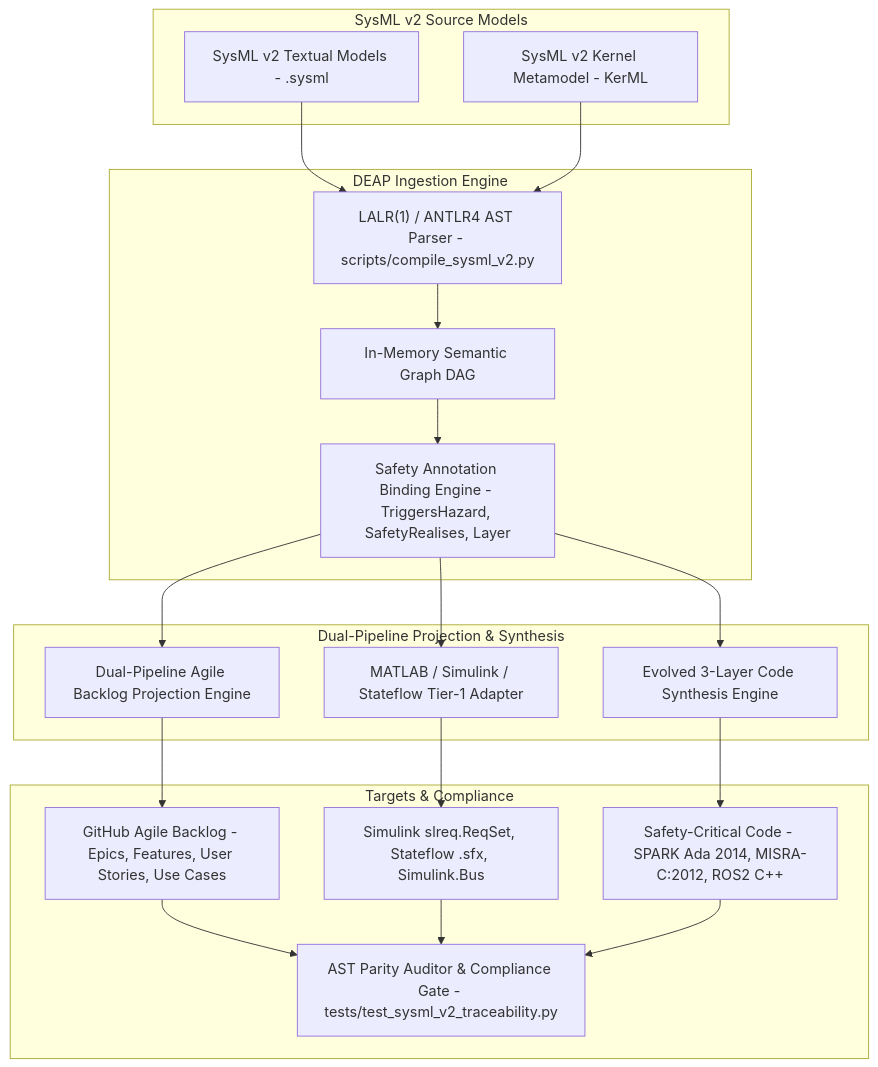
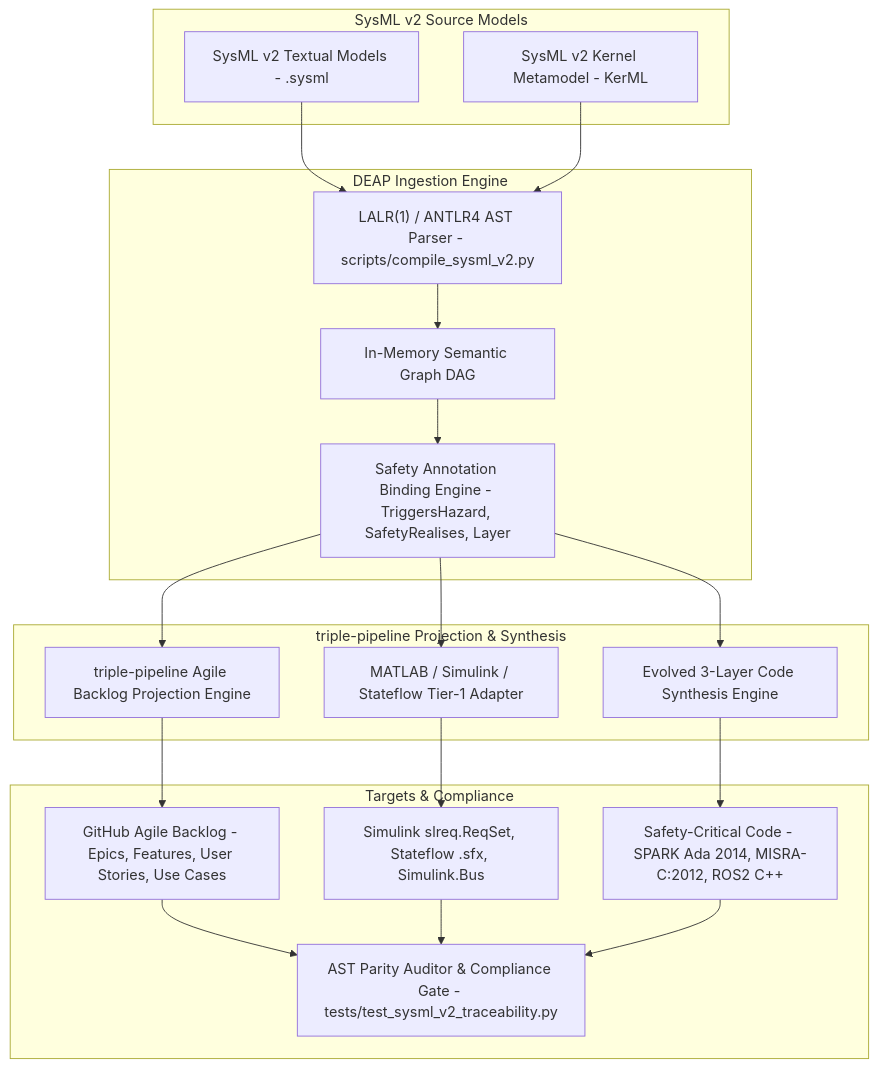
Before and after one commit to gintatkinson/DEAP-avionic-flight-safety: the first of 7 diagrams in docs/architecture/DEAP_SYSML_V2_INGESTION_ENGINE_BLUEPRINT.md, drawn with Mermaid. The commit also changed other lines of this file and 5 other files, not shown here.

Commit message:
fix(docs): remediate all stale dual-pipeline and worker references to Triple-Pipeline architecture

````diff
--- a/docs/architecture/DEAP_SYSML_V2_INGESTION_ENGINE_BLUEPRINT.md
+++ b/docs/architecture/DEAP_SYSML_V2_INGESTION_ENGINE_BLUEPRINT.md
@@ -20,40 +20,40 @@
 ```mermaid
 flowchart TD
     subgraph "SysML v2 Source Models"
         SysML_Text["SysML v2 Textual Models - .sysml"]
         SysML_Graph["SysML v2 Kernel Metamodel - KerML"]
     end
 
     subgraph "DEAP Ingestion Engine"
         AST_Parser["LALR(1) / ANTLR4 AST Parser - scripts/compile_sysml_v2.py"]
         Semantic_DAG["In-Memory Semantic Graph DAG"]
         Safety_Annotation["Safety Annotation Binding Engine - TriggersHazard, SafetyRealises, Layer"]
     end
 
-    subgraph "Dual-Pipeline Projection & Synthesis"
-        Backlog_Engine["Dual-Pipeline Agile Backlog Projection Engine"]
+    subgraph "triple-pipeline Projection & Synthesis"
+        Backlog_Engine["triple-pipeline Agile Backlog Projection Engine"]
         MATLAB_Adapter["MATLAB / Simulink / Stateflow Tier-1 Adapter"]
         Code_Synthesis["Evolved 3-Layer Code Synthesis Engine"]
     end
 
     subgraph "Targets & Compliance"
         GitHub_Tracker["GitHub Agile Backlog - Epics, Features, User Stories, Use Cases"]
         MBD_Artifacts["Simulink slreq.ReqSet, Stateflow .sfx, Simulink.Bus"]
         Safety_Code["Safety-Critical Code - SPARK Ada 2014, MISRA-C:2012, ROS2 C++"]
         Parity_Gate["AST Parity Auditor & Compliance Gate - tests/test_sysml_v2_traceability.py"]
     end
 
     SysML_Text --> AST_Parser
     SysML_Graph --> AST_Parser
     AST_Parser --> Semantic_DAG
     Semantic_DAG --> Safety_Annotation
     Safety_Annotation --> Backlog_Engine
     Safety_Annotation --> MATLAB_Adapter
     Safety_Annotation --> Code_Synthesis
     Backlog_Engine --> GitHub_Tracker
     MATLAB_Adapter --> MBD_Artifacts
     Code_Synthesis --> Safety_Code
     GitHub_Tracker --> Parity_Gate
     MBD_Artifacts --> Parity_Gate
     Safety_Code --> Parity_Gate
 ```
````
